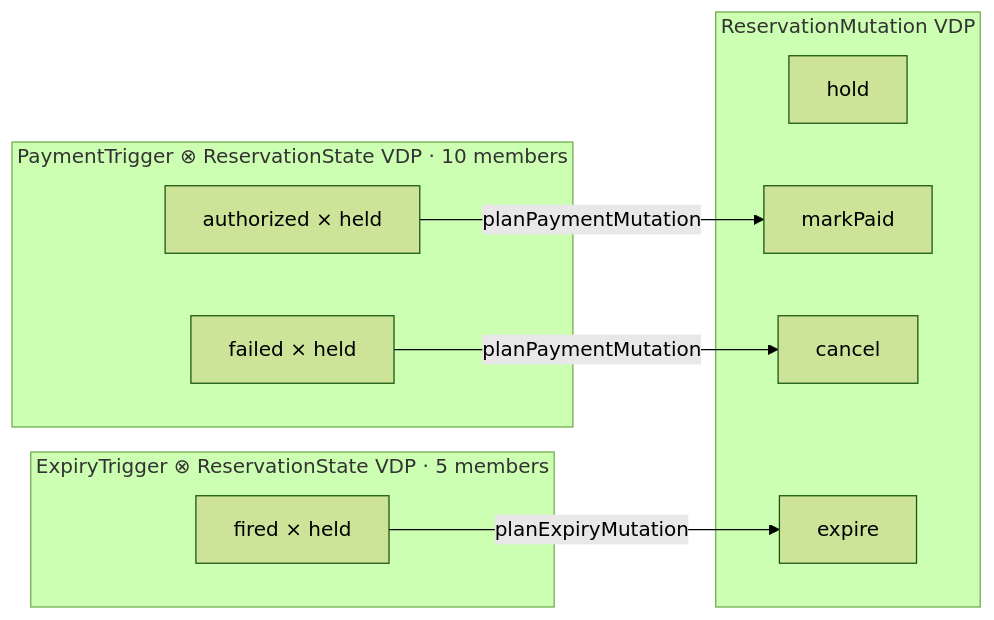
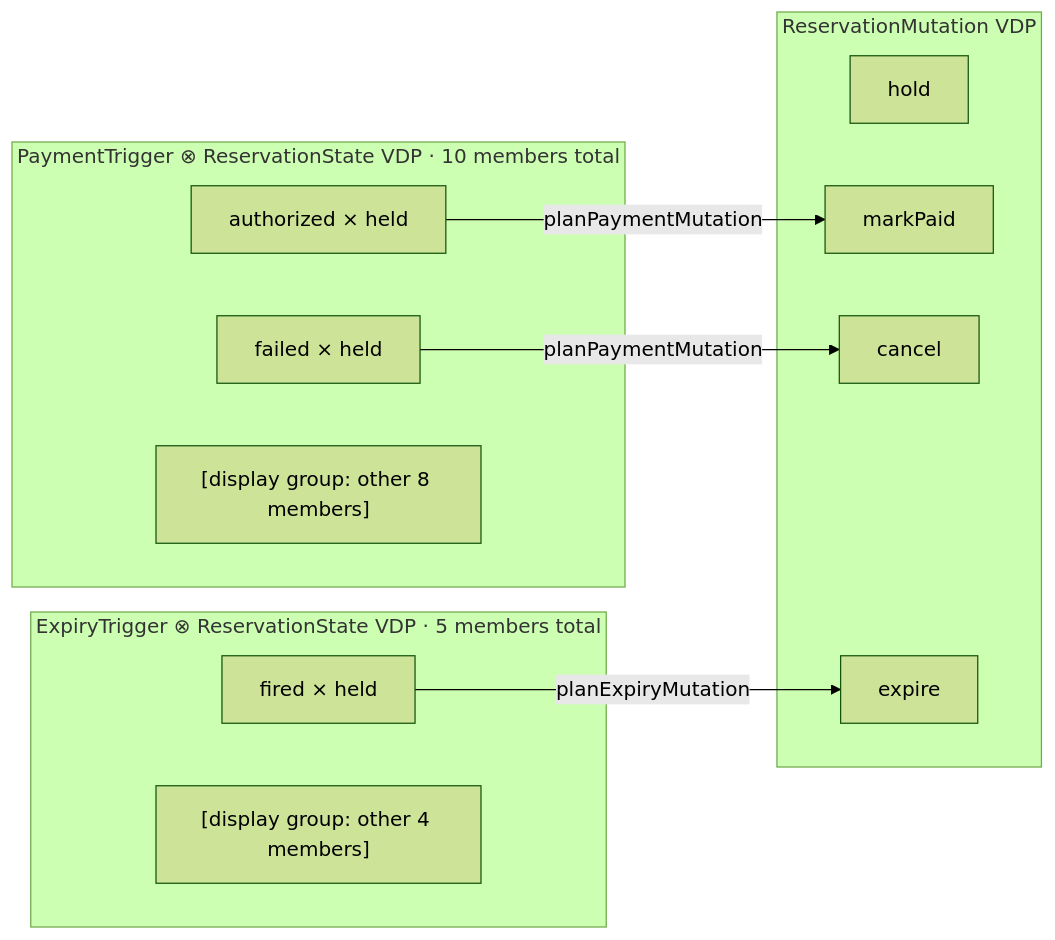
The ninth of 10 diagrams in README.md (mrvanish97/archiscript), drawn with Mermaid (forest theme) before and after one commit. The commit also changed other lines of this file, not shown here.

Commit message:
docs: show collapsed tensor members explicitly

````diff
--- a/README.md
+++ b/README.md
@@ -361,22 +361,24 @@
 ```mermaid
 flowchart LR
-  subgraph PC["PaymentTrigger ⊗ ReservationState VDP · 10 members"]
+  subgraph PC["PaymentTrigger ⊗ ReservationState VDP · 10 members total"]
     P0["authorized × held"]
     P1["failed × held"]
+    POTHER["[display group: other 8 members]"]
   end
 
-  subgraph EC["ExpiryTrigger ⊗ ReservationState VDP · 5 members"]
+  subgraph EC["ExpiryTrigger ⊗ ReservationState VDP · 5 members total"]
     E0["fired × held"]
+    EOTHER["[display group: other 4 members]"]
   end
 
   subgraph RM["ReservationMutation VDP"]
     M0["hold"]
     M1["markPaid"]
     M2["cancel"]
     M3["expire"]
   end
 
   P0 -->|"planPaymentMutation"| M1
   P1 -->|"planPaymentMutation"| M2
   E0 -->|"planExpiryMutation"| M3
 ```
````
